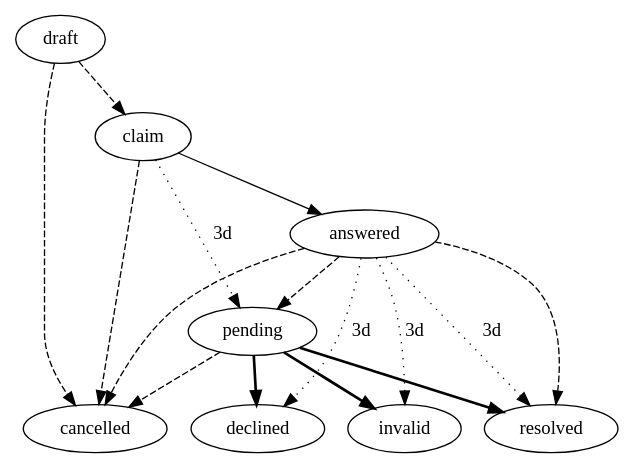
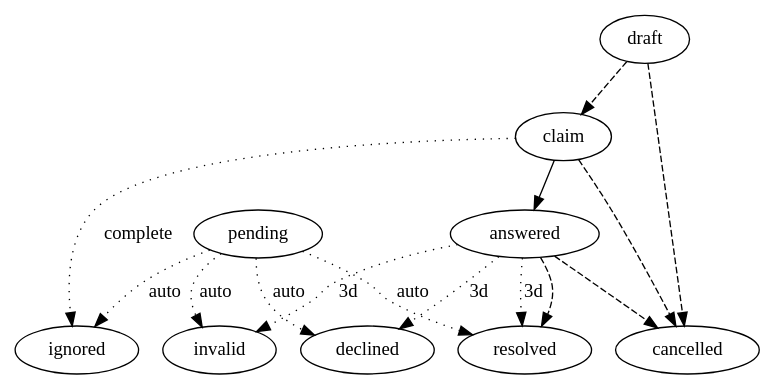
Before and after one commit to openprocurement/openprocurement.api: the diagram in docs/source/complaints.rst, drawn with Graphviz. The commit also changed other lines of this file and 18 other files, not shown here.

```diff
--- a/docs/source/complaints.rst
+++ b/docs/source/complaints.rst
@@ -35,14 +35,16 @@
 .. graphviz::
 
     digraph G {
         claim -> answered;
         edge[style=dashed];
         draft -> claim; 
-        answered -> {pending,resolved};
-        {draft,claim,answered,pending} -> cancelled; 
-        edge[style=bold];
-        pending -> {declined,resolved,invalid};
+        answered -> resolved;
+        {draft,claim,answered} -> cancelled; 
         edge[label="3d" style=dotted];
-        claim -> pending;
         answered -> {resolved, invalid, declined};
+        edge[label="complete" style=dotted];
+        claim -> ignored;
+        edge[label="auto" style=dotted];
+        pending -> ignored;
+        pending -> {resolved, invalid, declined};
     }
```
